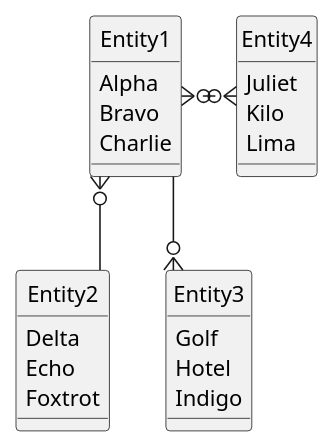
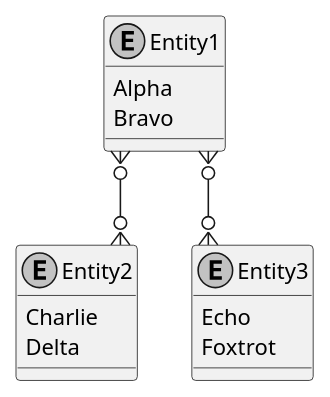
One commit to joelparkerhenderson/plantuml-examples changed the seventh of 23 diagrams in README.md. Above: the diagram before and after it, drawn with PlantUML. The commit also changed other lines of this file and 3 other files, not shown here.

Commit message:
Add diagrams through ASCII art

````diff
--- a/README.md
+++ b/README.md
@@ -174,30 +168,27 @@
 ```plantuml
 @startuml
 skinparam monochrome true
 skinparam linetype ortho
-hide circle
+
+' If you want to hide the "E" circle, then uncomment this line:
+' hide circle
+
 entity Entity1 {
   Alpha
   Bravo
+}
+
+entity Entity2 {
   Charlie
+  Delta
 }
-entity Entity2 {
-  Delta
+
+entity Entity3 {
   Echo
   Foxtrot
 }
-entity Entity3 {
-  Golf
-  Hotel
-  Indigo
-}
-entity Entity4 {
-  Juliet
-  Kilo
-  Lima
-}
-Entity1 }o-- Entity2
-Entity1 --o{ Entity3
-Entity1 }o-o{ Entity4
+
+Entity1 }o-down-o{ Entity2
+Entity1 }o-down-o{ Entity3
 @enduml
 ```
````
